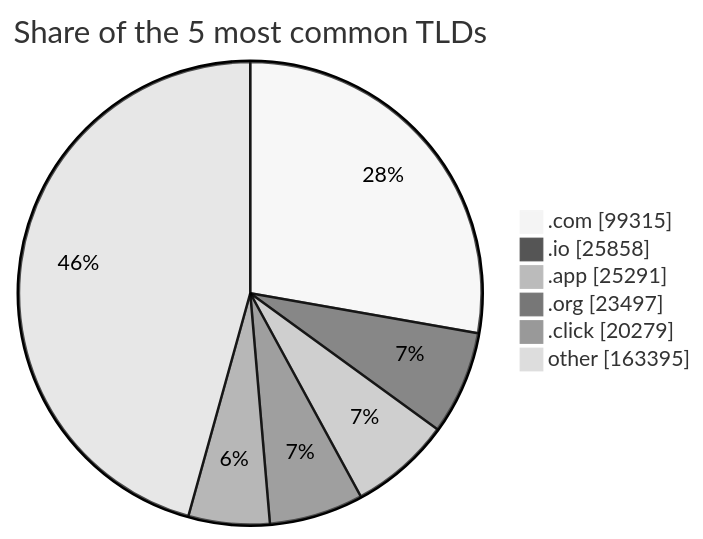
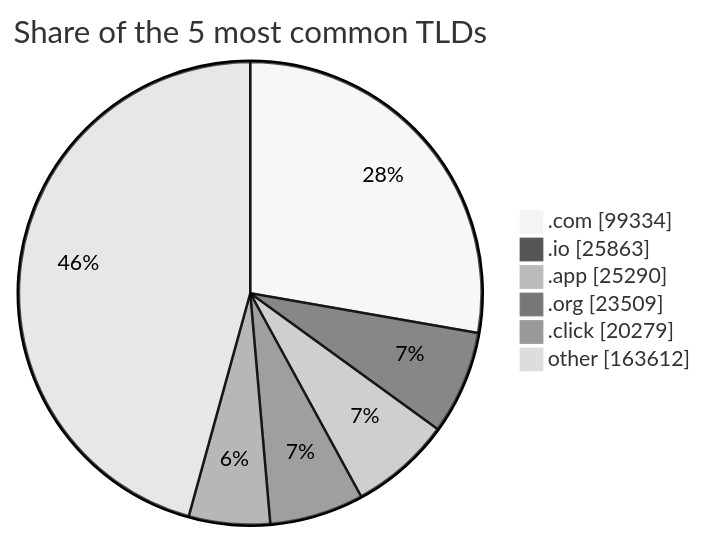
Before and after one commit to DNSBunker/CTI: the third of 3 diagrams in README.md, drawn with Mermaid (neutral theme). The commit also changed other lines of this file and 3 other files, not shown here.

````diff
--- a/README.md
+++ b/README.md
@@ -81,9 +81,9 @@
 ```mermaid
 pie showData title Share of the 5 most common TLDs
-    ".com" : 99315
-    ".io" : 25858
-    ".app" : 25291
-    ".org" : 23497
+    ".com" : 99334
+    ".io" : 25863
+    ".app" : 25290
+    ".org" : 23509
     ".click" : 20279
-    "other" : 163395
+    "other" : 163612
 ```
````
